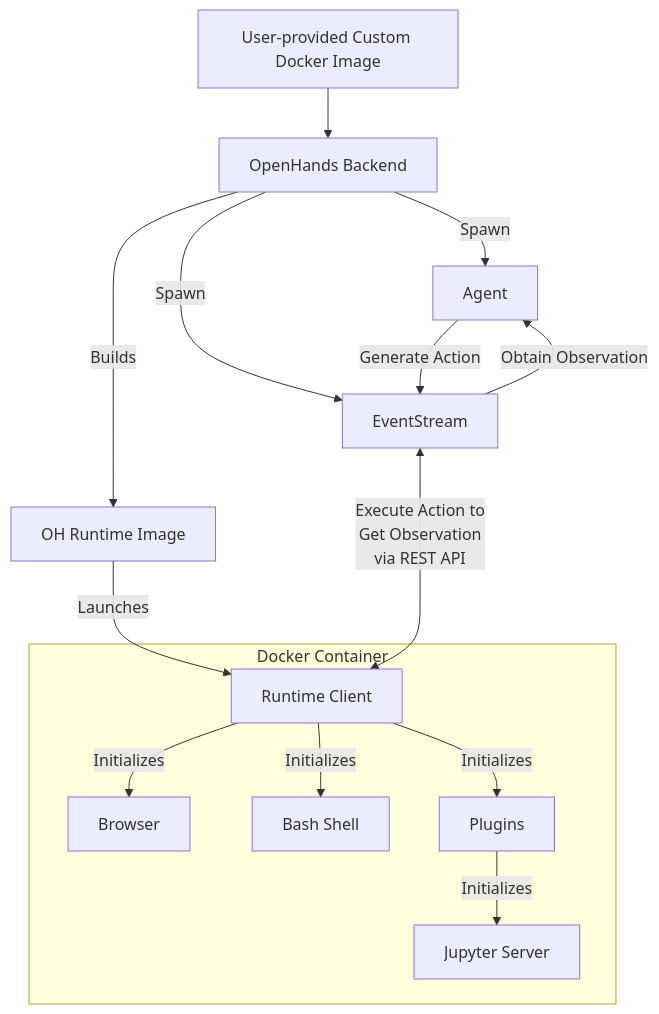
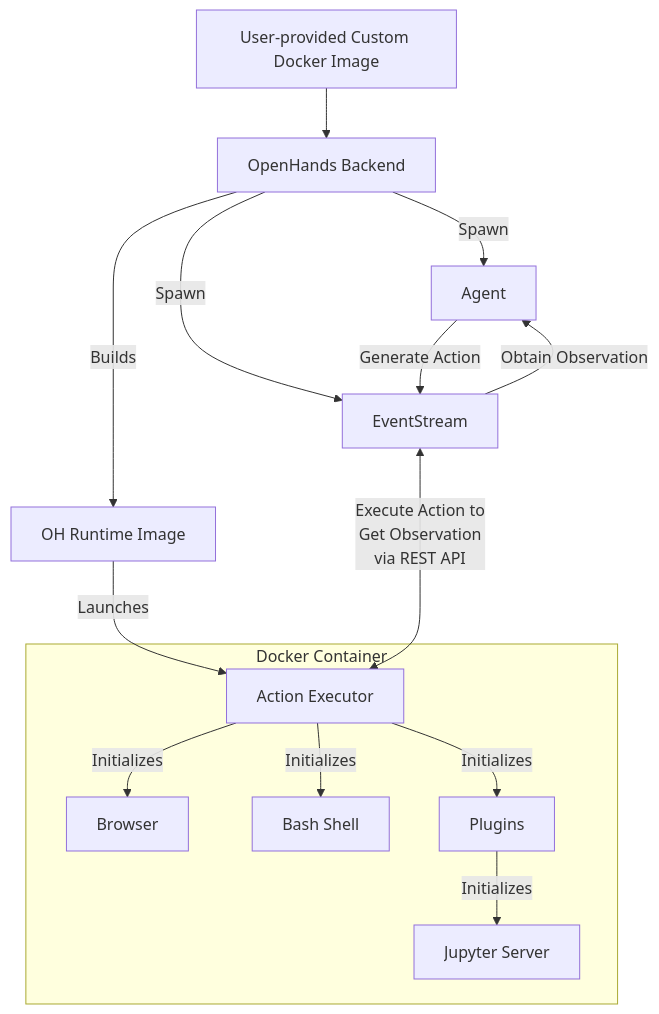
The diagram in docs/modules/usage/architecture/runtime.md (techyst-net/handyst), drawn with Mermaid before and after one commit. The commit also changed other lines of this file and 42 other files, not shown here.

````diff
--- a/docs/modules/usage/architecture/runtime.md
+++ b/docs/modules/usage/architecture/runtime.md
@@ -20,28 +20,28 @@
 ```mermaid
 graph TD
     A[User-provided Custom Docker Image] --> B[OpenHands Backend]
     B -->|Builds| C[OH Runtime Image]
-    C -->|Launches| D[Runtime Client]
+    C -->|Launches| D[Action Executor]
     D -->|Initializes| E[Browser]
     D -->|Initializes| F[Bash Shell]
     D -->|Initializes| G[Plugins]
     G -->|Initializes| L[Jupyter Server]
 
     B -->|Spawn| H[Agent]
     B -->|Spawn| I[EventStream]
     I <--->|Execute Action to
     Get Observation
     via REST API
     | D
 
     H -->|Generate Action| I
     I -->|Obtain Observation| H
 
     subgraph "Docker Container"
     D
     E
     F
     G
     L
     end
 ```
````
